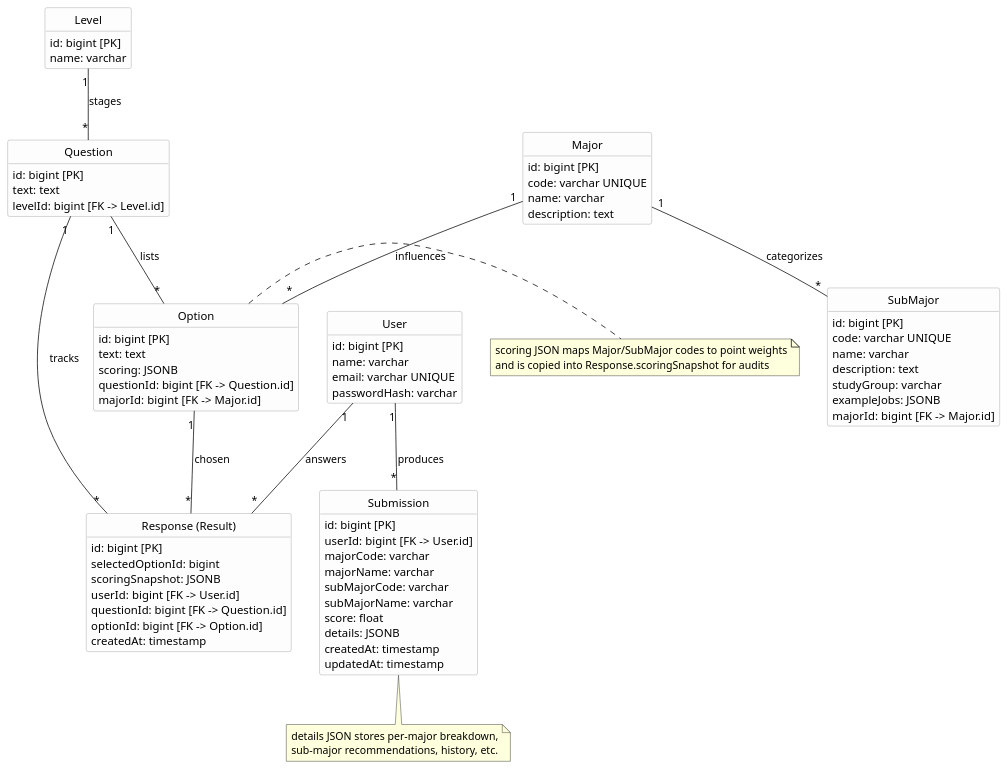
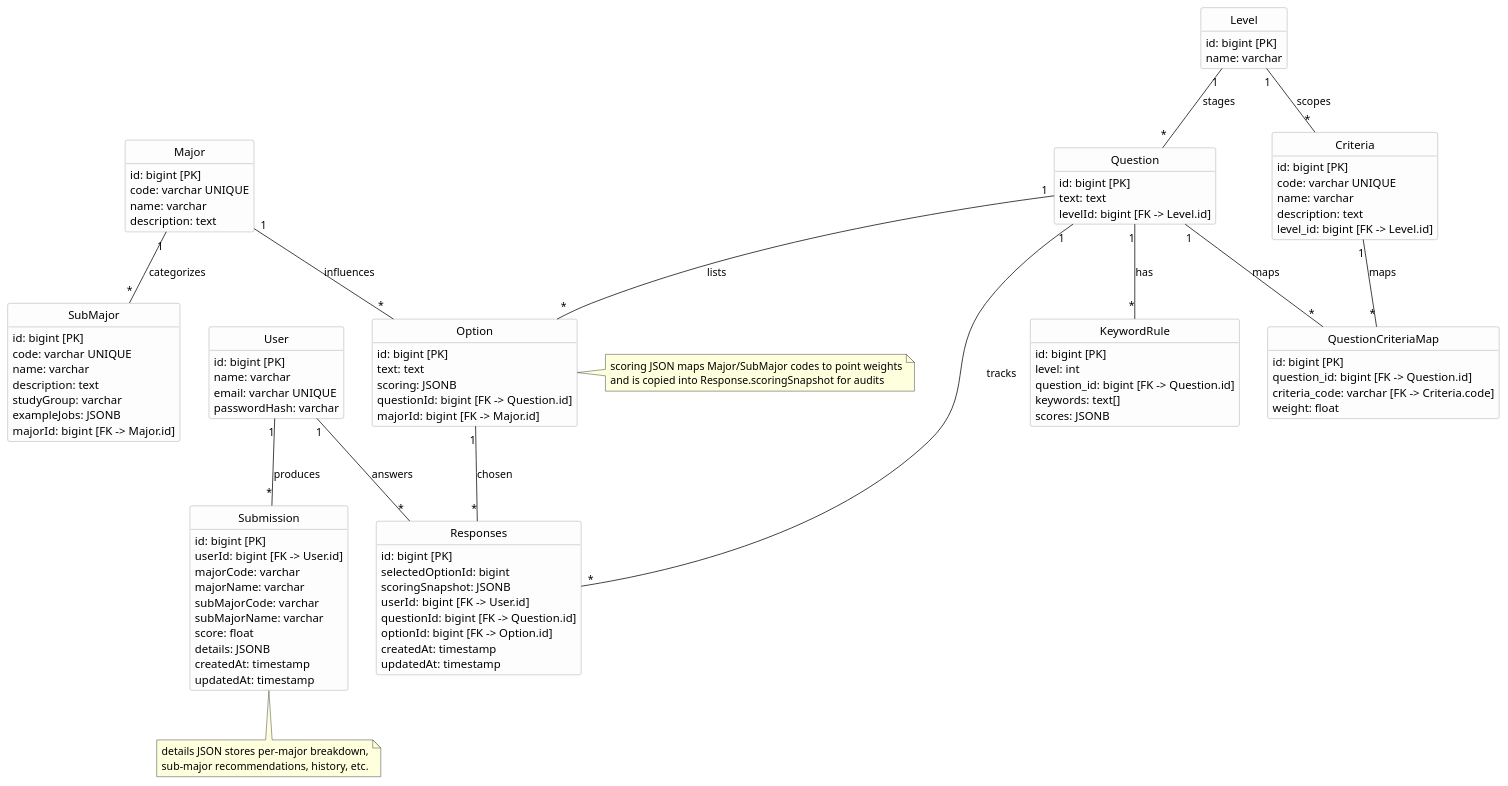
One commit to yennguyenn/prethesis changed the diagram in docs/erd.puml. Above: the diagram before and after it, drawn with PlantUML. The commit also changed 35 other files, not shown here.

```diff
--- a/docs/erd.puml
+++ b/docs/erd.puml
@@ -1,101 +1,129 @@
 @startuml
 hide circle
 hide methods
 hide stereotypes
 skinparam classAttributeIconSize 0
 skinparam backgroundColor #FFFFFF
 skinparam class {
   BackgroundColor #fdfdfd
   BorderColor #999999
 }
 
 ' Entities
 class Major {
   id: bigint [PK]
   code: varchar UNIQUE
   name: varchar
   description: text
 }
 
 class SubMajor {
   id: bigint [PK]
   code: varchar UNIQUE
   name: varchar
   description: text
   studyGroup: varchar
   exampleJobs: JSONB
   majorId: bigint [FK -> Major.id]
 }
 
 class Level {
   id: bigint [PK]
   name: varchar
 }
 
 class Question {
   id: bigint [PK]
   text: text
   levelId: bigint [FK -> Level.id]
 }
 
 class Option {
   id: bigint [PK]
   text: text
   scoring: JSONB
   questionId: bigint [FK -> Question.id]
   majorId: bigint [FK -> Major.id]
 }
 
 class User {
   id: bigint [PK]
   name: varchar
   email: varchar UNIQUE
   passwordHash: varchar
   role: enum('user','admin')
 }
 
 class Submission {
   id: bigint [PK]
   userId: bigint [FK -> User.id]
   majorCode: varchar
   majorName: varchar
   subMajorCode: varchar
   subMajorName: varchar
   score: float
   details: JSONB
   createdAt: timestamp
   updatedAt: timestamp
 }
 
-class "Response (Result)" as Response {
+class Responses {
   id: bigint [PK]
   selectedOptionId: bigint
   scoringSnapshot: JSONB
   userId: bigint [FK -> User.id]
   questionId: bigint [FK -> Question.id]
   optionId: bigint [FK -> Option.id]
   createdAt: timestamp
+  updatedAt: timestamp
+}
+
+class Criteria {
+  id: bigint [PK]
+  code: varchar UNIQUE
+  name: varchar
+  description: text
+  level_id: bigint [FK -> Level.id]
+}
+
+class QuestionCriteriaMap {
+  id: bigint [PK]
+  question_id: bigint [FK -> Question.id]
+  criteria_code: varchar [FK -> Criteria.code]
+  weight: float
+}
+
+class KeywordRule {
+  id: bigint [PK]
+  level: int
+  question_id: bigint [FK -> Question.id]
+  keywords: text[]
+  scores: JSONB
 }
 
 ' Relationships
 Major "1" -- "*" SubMajor : categorizes
 Major "1" -- "*" Option : influences
 Level "1" -- "*" Question : stages
+Level "1" -- "*" Criteria : scopes
 Question "1" -- "*" Option : lists
 User "1" -- "*" Submission : produces
-User "1" -- "*" Response : answers
-Question "1" -- "*" Response : tracks
-Option "1" -- "*" Response : chosen
+User "1" -- "*" Responses : answers
+Question "1" -- "*" Responses : tracks
+Option "1" -- "*" Responses : chosen
+Question "1" -- "*" QuestionCriteriaMap : maps
+Criteria "1" -- "*" QuestionCriteriaMap : maps
+Question "1" -- "*" KeywordRule : has
 
 ' Notes
 note right of Option
 scoring JSON maps Major/SubMajor codes to point weights
 and is copied into Response.scoringSnapshot for audits
 end note
 
 note bottom of Submission
 details JSON stores per-major breakdown,
 sub-major recommendations, history, etc.
 end note
 
 @enduml
```
